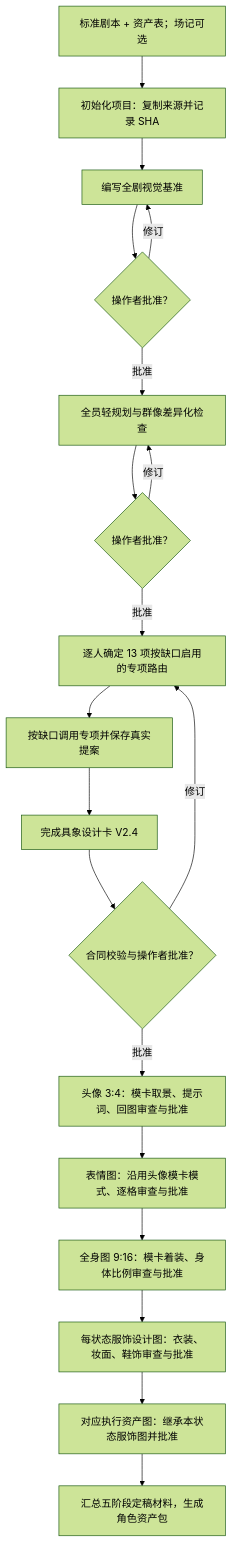
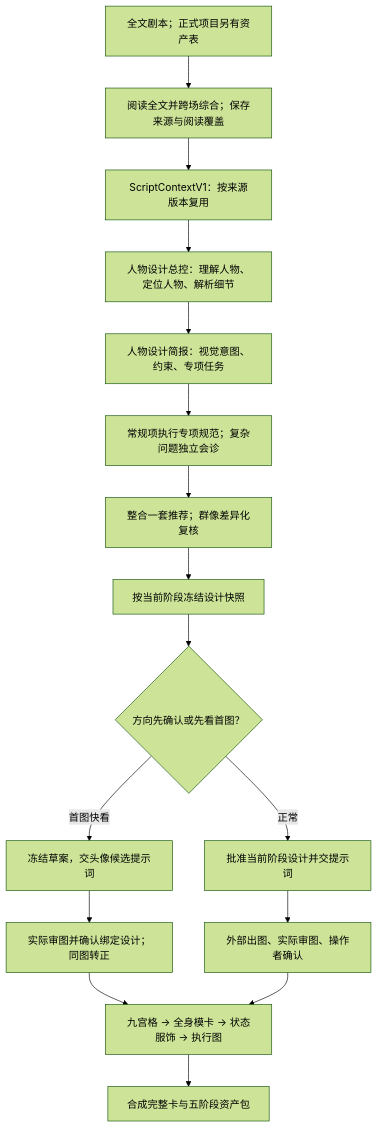
One commit to kaibaoxiang-studio/ZiChan changed the first of 3 diagrams in README.md. Above: the diagram before and after it, drawn with Mermaid (forest theme). The commit also changed other lines of this file and 124 other files, not shown here.

````diff
--- a/README.md
+++ b/README.md
@@ -32,21 +33,18 @@
 ```mermaid
 flowchart TD
-    A["标准剧本 + 资产表；场记可选"] --> B["初始化项目：复制来源并记录 SHA"]
-    B --> C["编写全剧视觉基准"]
-    C --> D{"操作者批准？"}
-    D -- 修订 --> C
-    D -- 批准 --> E["全员轻规划与群像差异化检查"]
-    E --> F{"操作者批准？"}
-    F -- 修订 --> E
-    F -- 批准 --> G["逐人确定 13 项按缺口启用的专项路由"]
-    G --> H["按缺口调用专项并保存真实提案"]
-    H --> I["完成具象设计卡 V2.4"]
-    I --> J{"合同校验与操作者批准？"}
-    J -- 修订 --> G
-    J -- 批准 --> K["头像 3:4：模卡取景、提示词、回图审查与批准"]
-    K --> L["表情图：沿用头像模卡模式、逐格审查与批准"]
-    L --> M["全身图 9:16：模卡着装、身体比例审查与批准"]
-    M --> V["每状态服饰设计图：衣装、妆面、鞋饰审查与批准"]
-    V --> N["对应执行资产图：继承本状态服饰图并批准"]
-    N --> O["汇总五阶段定稿材料，生成角色资产包"]
+    A["全文剧本；正式项目另有资产表"] --> B["阅读全文并跨场综合；保存来源与阅读覆盖"]
+    B --> C["ScriptContextV1：按来源版本复用"]
+    C --> D["人物设计总控：理解人物、定位人物、解析细节"]
+    D --> E["人物设计简报：视觉意图、约束、专项任务"]
+    E --> F["常规项执行专项规范；复杂问题独立会诊"]
+    F --> G["整合一套推荐；群像差异化复核"]
+    G --> H["按当前阶段冻结设计快照"]
+    H --> I{"方向先确认或先看首图？"}
+    I -- 正常 --> J["批准当前阶段设计并交提示词"]
+    I -- 首图快看 --> K["冻结草案，交头像候选提示词"]
+    J --> L["外部出图、实际审图、操作者确认"]
+    K --> M["实际审图并确认绑定设计；同图转正"]
+    M --> N["九宫格 → 全身模卡 → 状态服饰 → 执行图"]
+    L --> N
+    N --> O["合成完整卡与五阶段资产包"]
 ```
````
